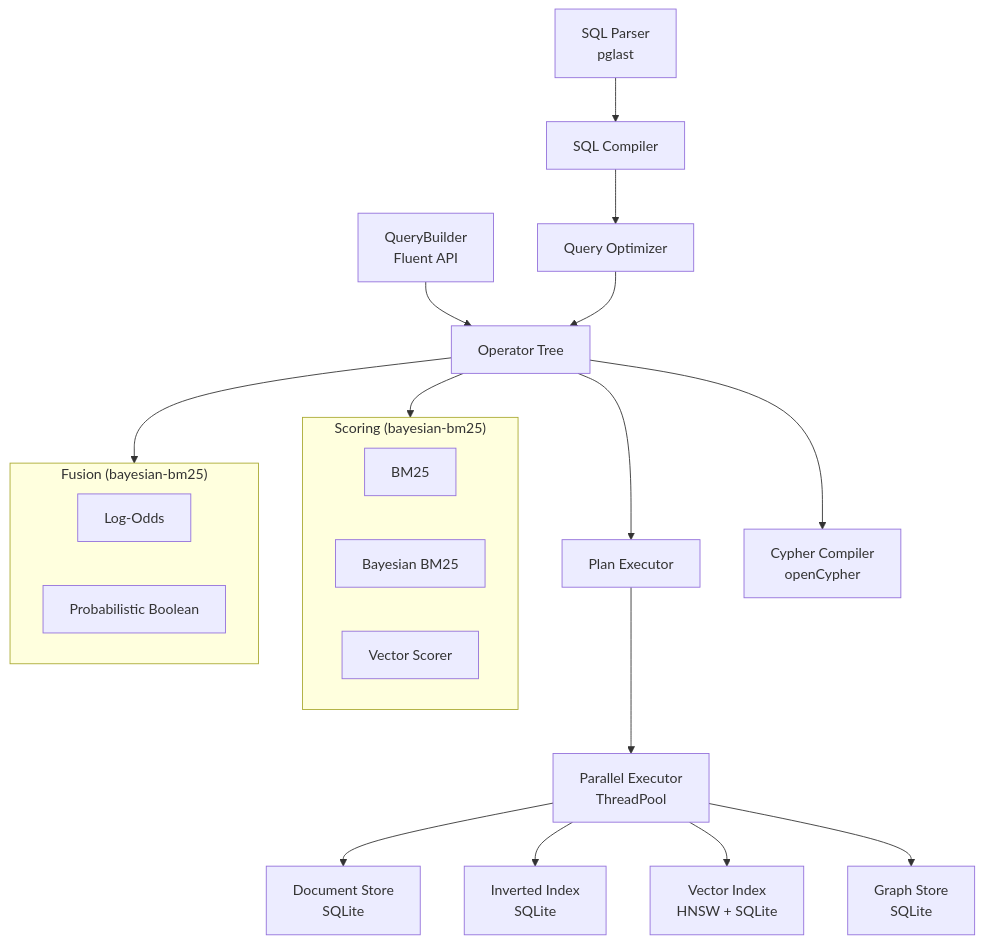
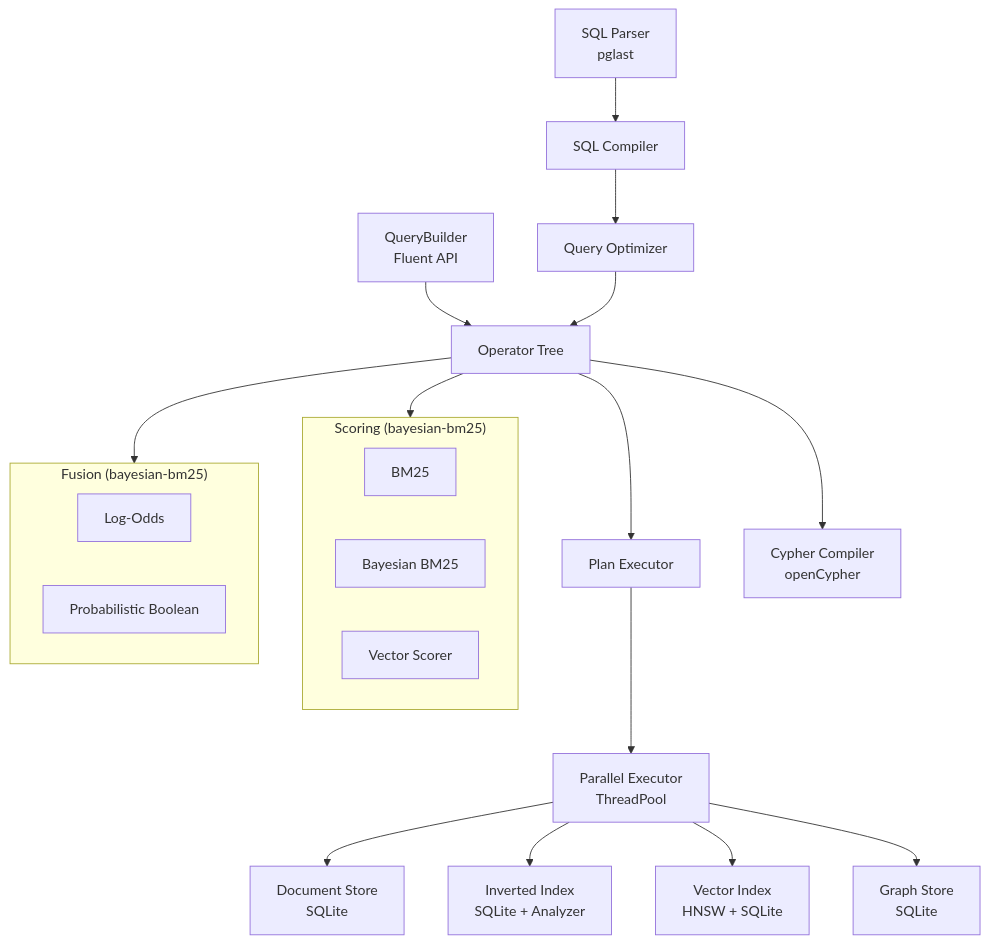
One commit to cognica-io/uqa changed the diagram in README.md. Above: the diagram before and after it, drawn with Mermaid. The commit also changed other lines of this file and 5 other files, not shown here.

````diff
--- a/README.md
+++ b/README.md
@@ -129,30 +138,30 @@
 ```mermaid
 graph TD
     SQL[SQL Parser<br/>pglast] --> Compiler[SQL Compiler]
     QB[QueryBuilder<br/>Fluent API] --> Operators
 
     Compiler --> Optimizer[Query Optimizer]
     Optimizer --> Operators[Operator Tree]
     Operators --> Executor[Plan Executor]
     Executor --> PAR[Parallel Executor<br/>ThreadPool]
     Operators --> Cypher[Cypher Compiler<br/>openCypher]
 
     PAR --> DS[Document Store<br/>SQLite]
-    PAR --> II[Inverted Index<br/>SQLite]
+    PAR --> II[Inverted Index<br/>SQLite + Analyzer]
     PAR --> VI[Vector Index<br/>HNSW + SQLite]
     PAR --> GS[Graph Store<br/>SQLite]
 
     subgraph Scoring ["Scoring (bayesian-bm25)"]
         BM25[BM25]
         BBFS[Bayesian BM25]
         VS[Vector Scorer]
     end
 
     subgraph Fusion ["Fusion (bayesian-bm25)"]
         LO[Log-Odds]
         PB[Probabilistic Boolean]
     end
 
     Operators --> Scoring
     Operators --> Fusion
 ```
````
